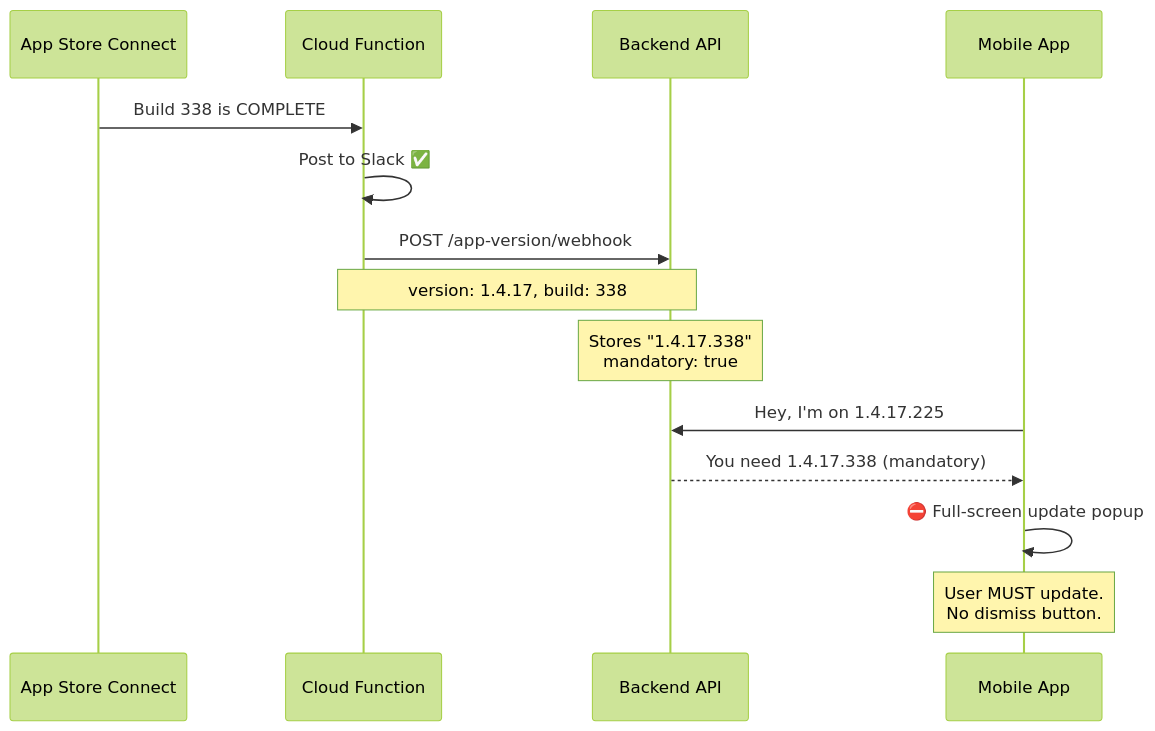
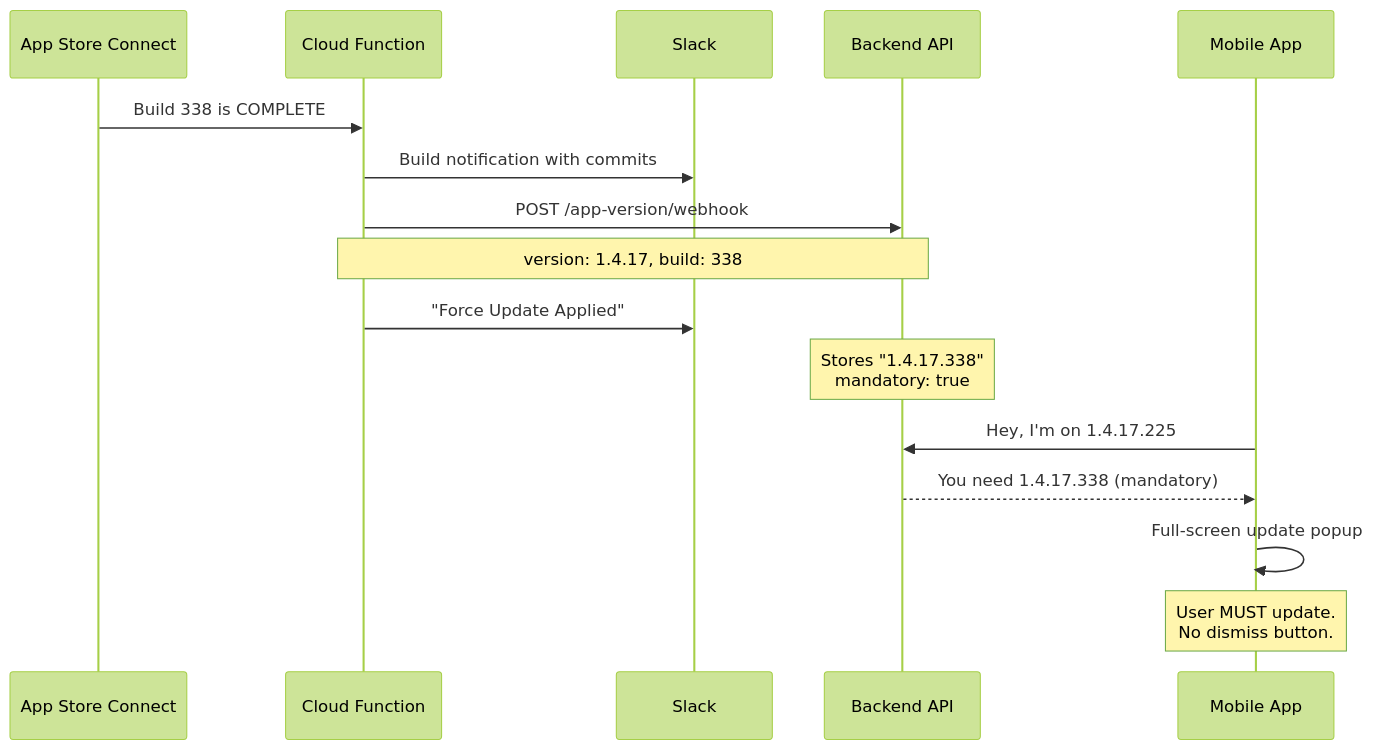
The third of 5 diagrams in src/data/post/appstore-webhooks-automated-release-notes.md (Ideaplaces/ciprianrarau.com), drawn with Mermaid (forest theme) before and after one commit. The commit also changed other lines of this file, not shown here.

First line of the commit message:
Update App Store webhooks post: full release autopilot with production automation

````diff
--- a/src/data/post/appstore-webhooks-automated-release-notes.md
+++ b/src/data/post/appstore-webhooks-automated-release-notes.md
@@ -611,19 +612,21 @@
 ```mermaid
 sequenceDiagram
     participant Apple as App Store Connect
     participant CF as Cloud Function
+    participant Slack as Slack
     participant API as Backend API
     participant App as Mobile App
 
     Apple->>CF: Build 338 is COMPLETE
-    CF->>CF: Post to Slack ✅
+    CF->>Slack: Build notification with commits
     CF->>API: POST /app-version/webhook
     Note over CF,API: version: 1.4.17, build: 338
+    CF->>Slack: "Force Update Applied"
 
     Note over API: Stores "1.4.17.338"<br/>mandatory: true
 
     App->>API: Hey, I'm on 1.4.17.225
     API-->>App: You need 1.4.17.338 (mandatory)
-    App->>App: ⛔ Full-screen update popup
+    App->>App: Full-screen update popup
     Note over App: User MUST update.<br/>No dismiss button.
 ```
````
